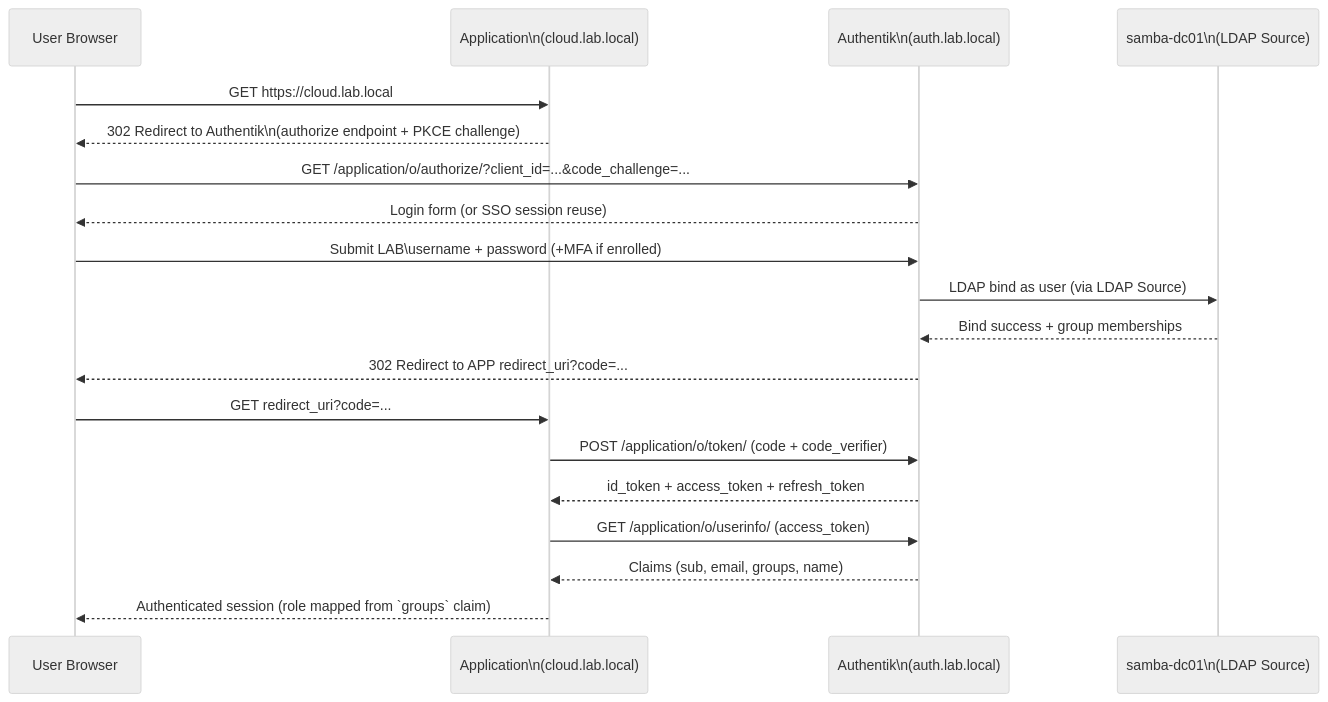
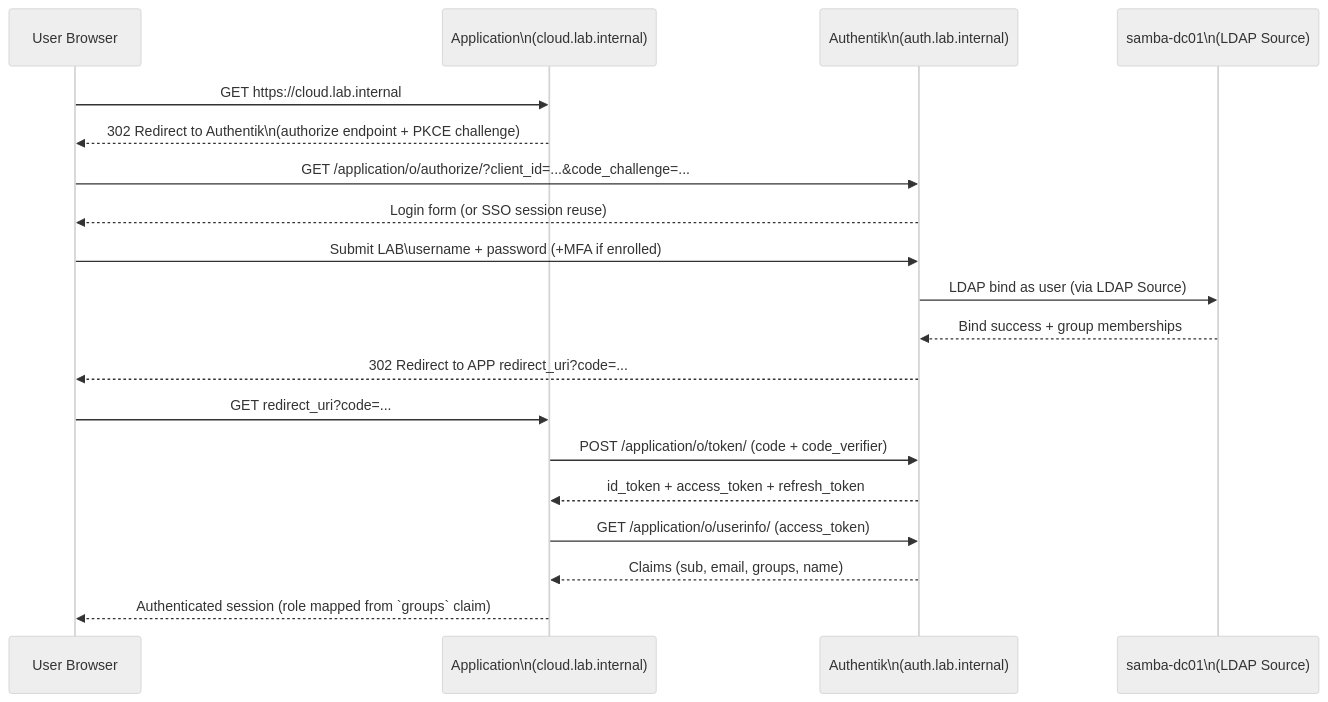
The diagram in diagrams/oidc-flow.md (LibreOpsLab/lab-small-business), drawn with Mermaid (neutral theme) before and after one commit. The commit also changed 105 other files, not shown here.

````diff
--- a/diagrams/oidc-flow.md
+++ b/diagrams/oidc-flow.md
@@ -8,22 +8,22 @@
 ```mermaid
 sequenceDiagram
     participant U as User Browser
-    participant APP as Application\n(cloud.lab.local)
-    participant AK as Authentik\n(auth.lab.local)
+    participant APP as Application\n(cloud.lab.internal)
+    participant AK as Authentik\n(auth.lab.internal)
     participant DC as samba-dc01\n(LDAP Source)
 
-    U->>APP: GET https://cloud.lab.local
+    U->>APP: GET https://cloud.lab.internal
     APP-->>U: 302 Redirect to Authentik\n(authorize endpoint + PKCE challenge)
     U->>AK: GET /application/o/authorize/?client_id=...&code_challenge=...
     AK-->>U: Login form (or SSO session reuse)
     U->>AK: Submit LAB\username + password (+MFA if enrolled)
     AK->>DC: LDAP bind as user (via LDAP Source)
     DC-->>AK: Bind success + group memberships
     AK-->>U: 302 Redirect to APP redirect_uri?code=...
     U->>APP: GET redirect_uri?code=...
     APP->>AK: POST /application/o/token/ (code + code_verifier)
     AK-->>APP: id_token + access_token + refresh_token
     APP->>AK: GET /application/o/userinfo/ (access_token)
     AK-->>APP: Claims (sub, email, groups, name)
     APP-->>U: Authenticated session (role mapped from `groups` claim)
 ```
````
